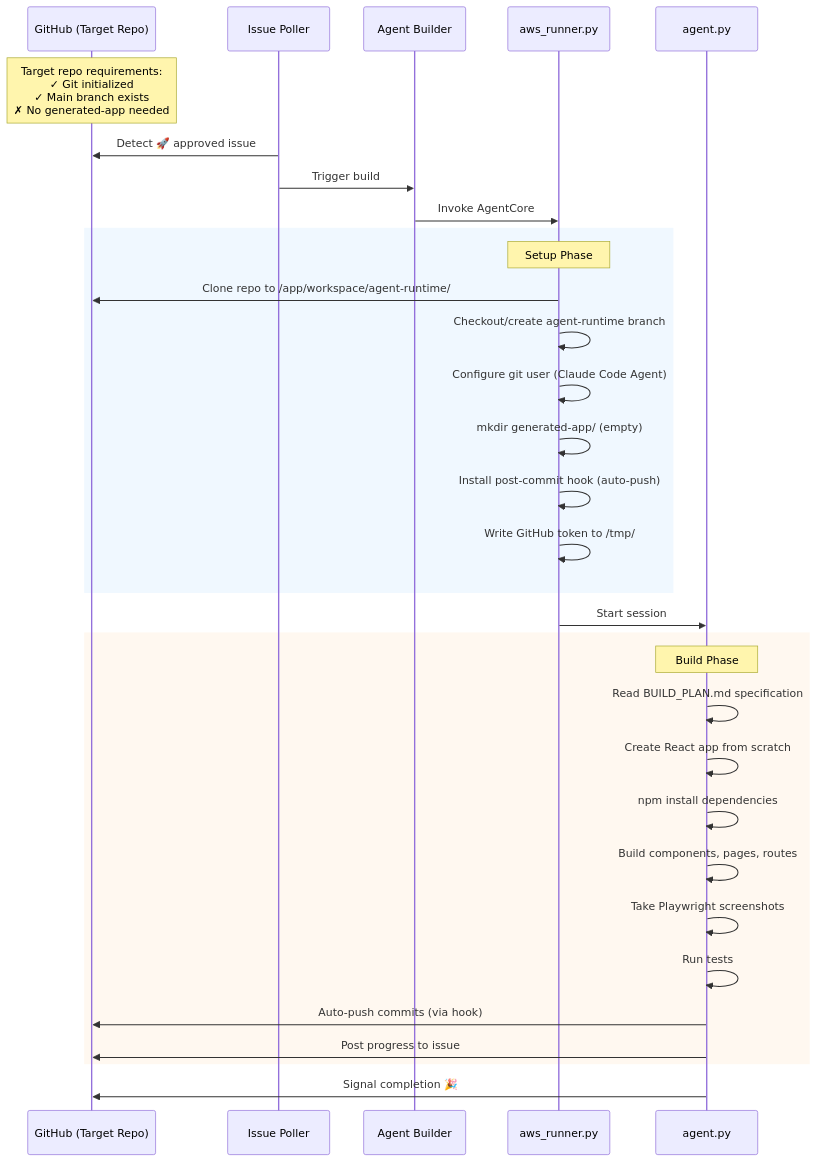
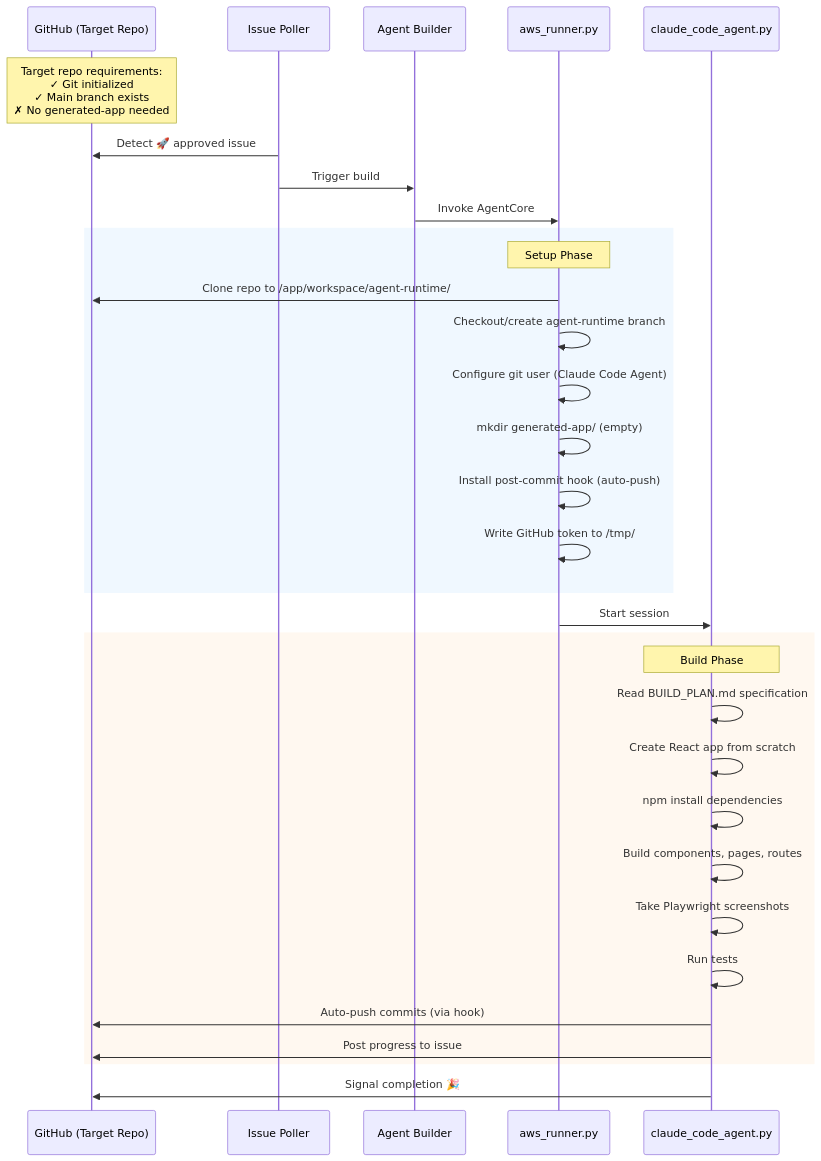
The diagram in docs/how-to/github-mode-setup.md (jawhnycooke/riv2025-long-horizon-coding-agent-demo), drawn with Mermaid before and after one commit. The commit also changed other lines of this file and 26 other files, not shown here.

First line of the commit message:
refactor: Two-container ECS/Fargate architecture

````diff
--- a/docs/how-to/github-mode-setup.md
+++ b/docs/how-to/github-mode-setup.md
@@ -18,41 +18,41 @@
 ```mermaid
 sequenceDiagram
     participant GH as GitHub (Target Repo)
     participant Poller as Issue Poller
     participant Builder as Agent Builder
     participant Entry as aws_runner.py
-    participant Agent as agent.py
+    participant Agent as claude_code_agent.py
 
     Note over GH: Target repo requirements:<br/>✓ Git initialized<br/>✓ Main branch exists<br/>✗ No generated-app needed
 
     Poller->>GH: Detect 🚀 approved issue
     Poller->>Builder: Trigger build
 
     Builder->>Entry: Invoke AgentCore
 
     rect rgb(240, 248, 255)
         Note over Entry: Setup Phase
         Entry->>GH: Clone repo to /app/workspace/agent-runtime/
         Entry->>Entry: Checkout/create agent-runtime branch
         Entry->>Entry: Configure git user (Claude Code Agent)
         Entry->>Entry: mkdir generated-app/ (empty)
         Entry->>Entry: Install post-commit hook (auto-push)
         Entry->>Entry: Write GitHub token to /tmp/
     end
 
     Entry->>Agent: Start session
 
     rect rgb(255, 248, 240)
         Note over Agent: Build Phase
         Agent->>Agent: Read BUILD_PLAN.md specification
         Agent->>Agent: Create React app from scratch
         Agent->>Agent: npm install dependencies
         Agent->>Agent: Build components, pages, routes
         Agent->>Agent: Take Playwright screenshots
         Agent->>Agent: Run tests
         Agent->>GH: Auto-push commits (via hook)
         Agent->>GH: Post progress to issue
     end
 
     Agent->>GH: Signal completion 🎉
 ```
````
